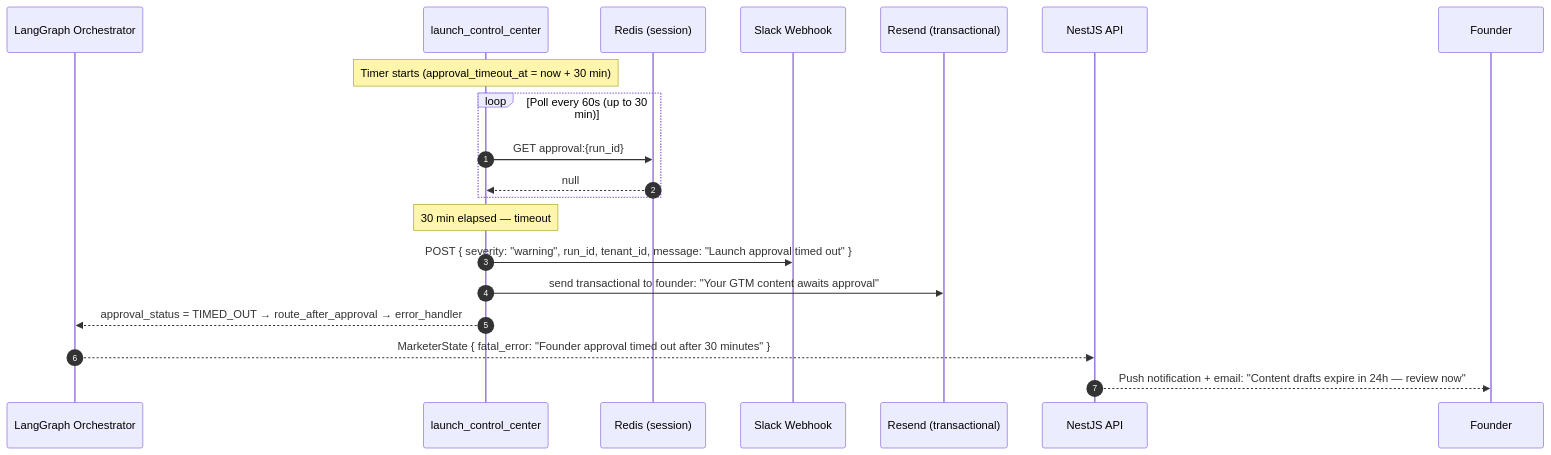
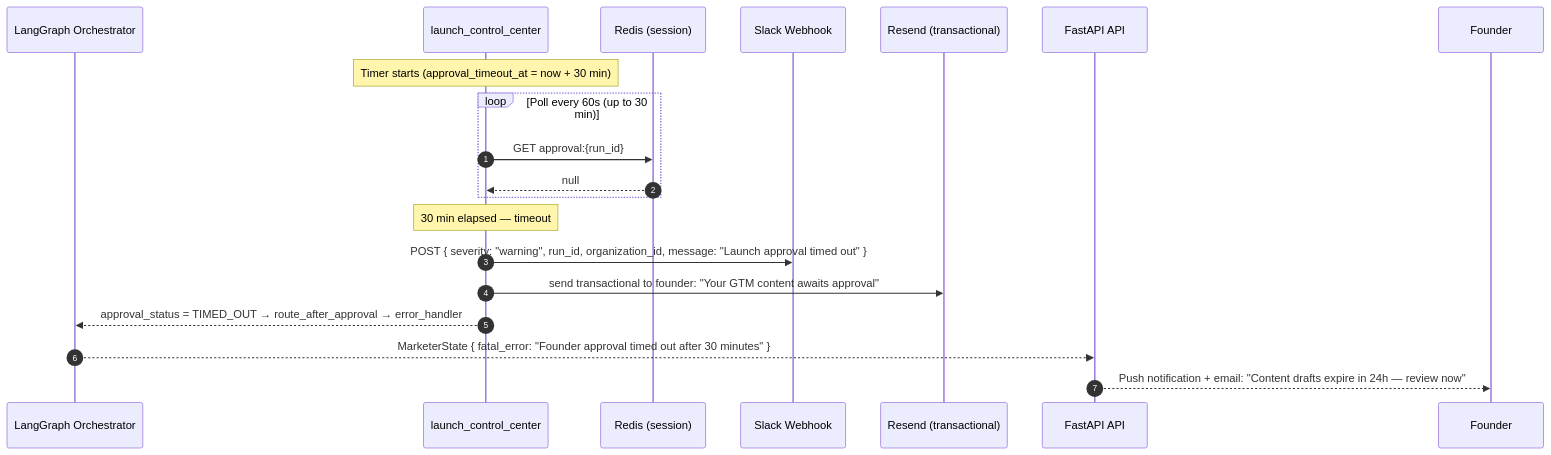
The fifth of 5 diagrams in docs/architecture/Agents-Architecture/marketer-agent.md (kaushraj1/AutoFounder), drawn with Mermaid before and after one commit. The commit also changed other lines of this file and 9 other files, not shown here.

First line of the commit message:
refactor(docs): migrate docs/architecture to the canonical stack

````diff
--- a/docs/architecture/Agents-Architecture/marketer-agent.md
+++ b/docs/architecture/Agents-Architecture/marketer-agent.md
@@ -1516,26 +1516,26 @@
 ```mermaid
 sequenceDiagram
     autonumber
     participant Graph  as LangGraph Orchestrator
     participant LCC    as launch_control_center
     participant Redis  as Redis (session)
     participant Slack  as Slack Webhook
     participant Email  as Resend (transactional)
-    participant API    as NestJS API
+    participant API    as FastAPI API
     participant Founder
 
     Note over LCC: Timer starts (approval_timeout_at = now + 30 min)
 
     loop Poll every 60s (up to 30 min)
         LCC ->> Redis: GET approval:{run_id}
         Redis -->> LCC: null
     end
 
     Note over LCC: 30 min elapsed — timeout
-    LCC ->> Slack: POST { severity: "warning", run_id, tenant_id, message: "Launch approval timed out" }
+    LCC ->> Slack: POST { severity: "warning", run_id, organization_id, message: "Launch approval timed out" }
     LCC ->> Email: send transactional to founder: "Your GTM content awaits approval"
     LCC -->> Graph: approval_status = TIMED_OUT → route_after_approval → error_handler
 
     Graph -->> API: MarketerState { fatal_error: "Founder approval timed out after 30 minutes" }
     API -->> Founder: Push notification + email: "Content drafts expire in 24h — review now"
 ```
````
